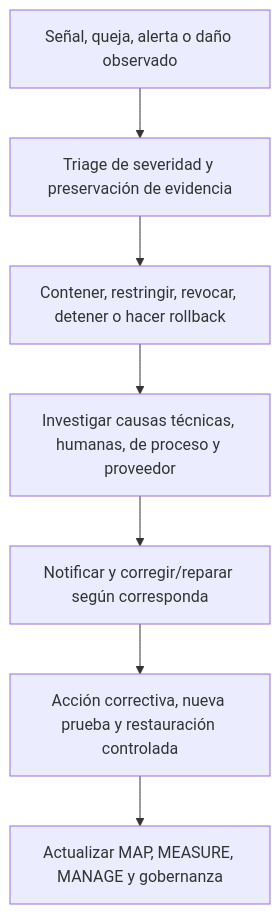
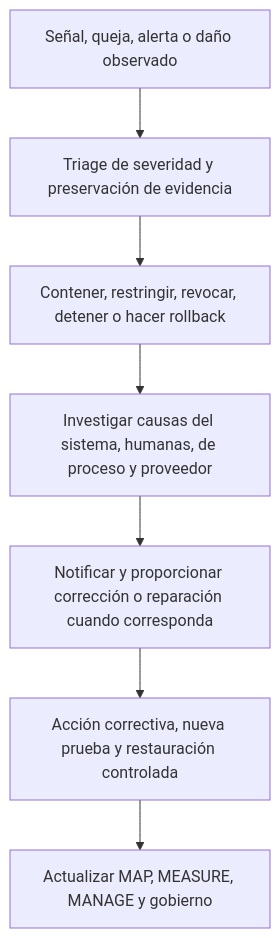
Before and after one commit to Chpmunk31456/GRC-Practical-Manuals: the third of 3 diagrams in 01-foundations/NIST_AI_RMF_1.0/es-419/source/04_MANAGE_CHAPTERS_25_32.md, drawn with Mermaid. The commit also changed other lines of this file, not shown here.

Commit message:
fix: restore full es-419 MANAGE semantic parity

````diff
--- a/01-foundations/NIST_AI_RMF_1.0/es-419/source/04_MANAGE_CHAPTERS_25_32.md
+++ b/01-foundations/NIST_AI_RMF_1.0/es-419/source/04_MANAGE_CHAPTERS_25_32.md
@@ -82,9 +248,9 @@
 ```mermaid
 flowchart TD
     A["Señal, queja, alerta o daño observado"] --> B["Triage de severidad y preservación de evidencia"]
     B --> C["Contener, restringir, revocar, detener o hacer rollback"]
-    C --> D["Investigar causas técnicas, humanas, de proceso y proveedor"]
-    D --> E["Notificar y corregir/reparar según corresponda"]
+    C --> D["Investigar causas del sistema, humanas, de proceso y proveedor"]
+    D --> E["Notificar y proporcionar corrección o reparación cuando corresponda"]
     E --> F["Acción correctiva, nueva prueba y restauración controlada"]
-    F --> G["Actualizar MAP, MEASURE, MANAGE y gobernanza"]
+    F --> G["Actualizar MAP, MEASURE, MANAGE y gobierno"]
 ```
````
